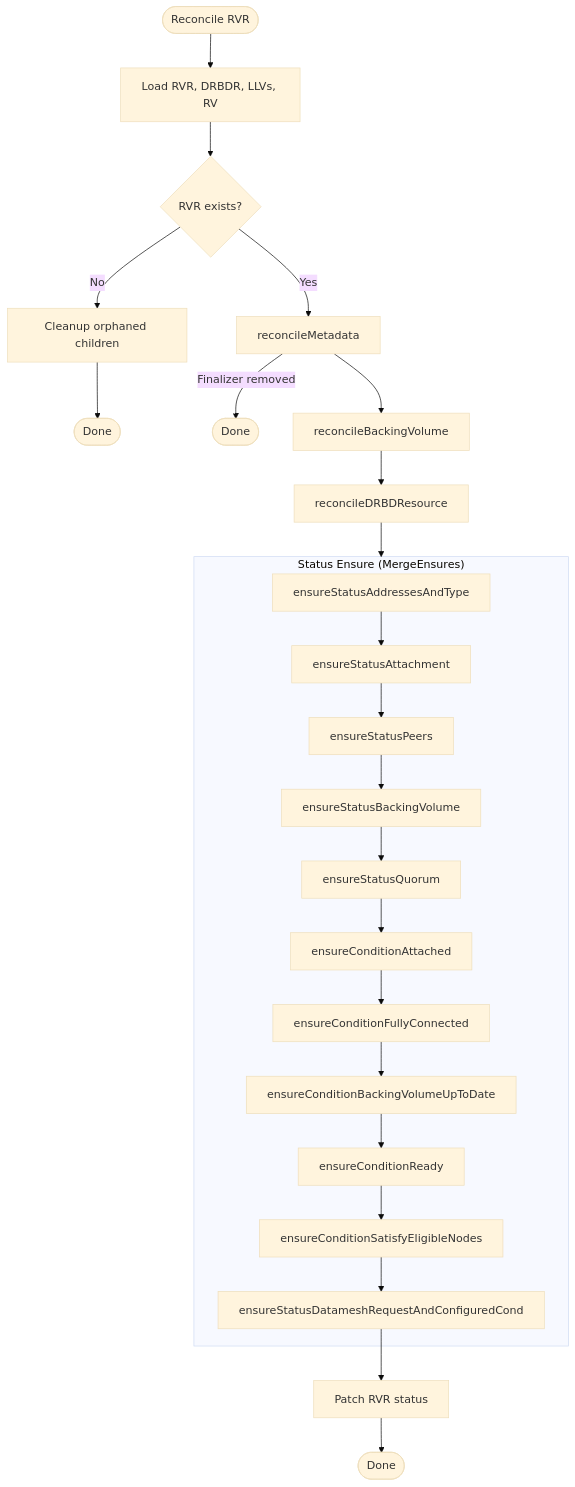
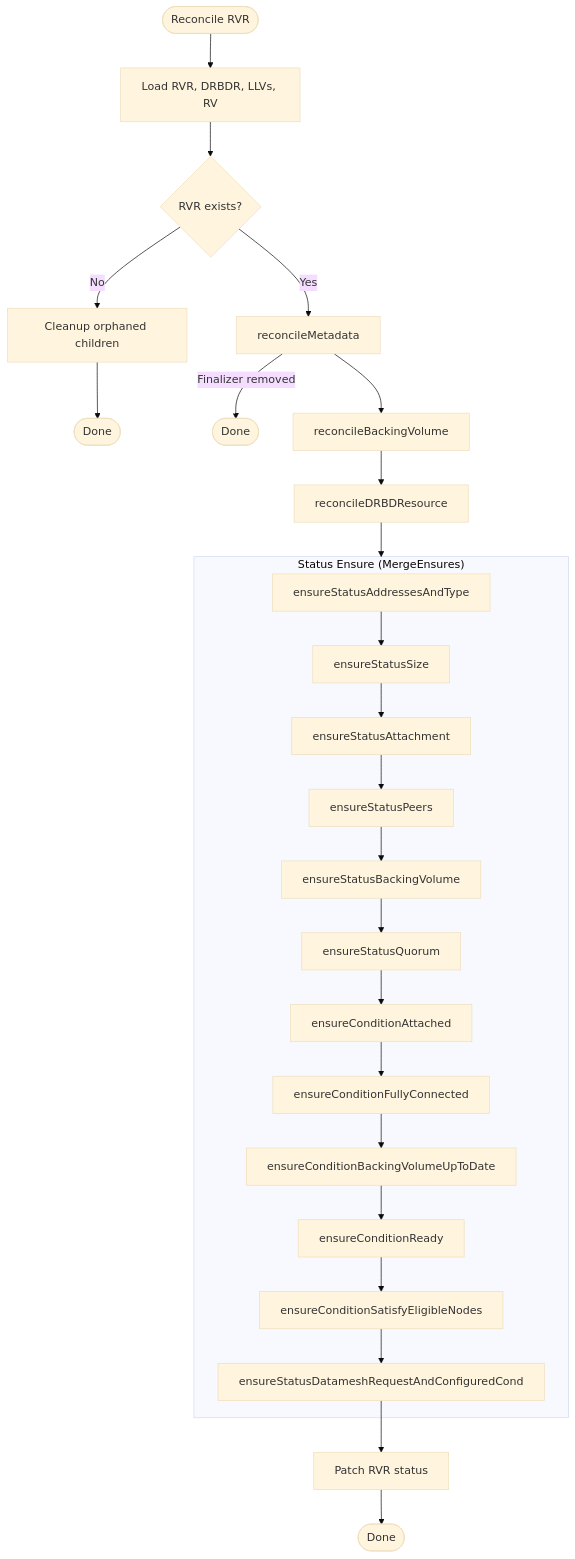
One commit to deckhouse/sds-replicated-volume changed the first of 17 diagrams in images/controller/internal/controllers/rvr_controller/README.md. Above: the diagram before and after it, drawn with Mermaid (base theme). The commit also changed other lines of this file and 32 other files, not shown here.

````diff
--- a/images/controller/internal/controllers/rvr_controller/README.md
+++ b/images/controller/internal/controllers/rvr_controller/README.md
@@ -133,32 +136,33 @@
 ```mermaid
 flowchart TD
     Start([Reconcile RVR]) --> Load[Load RVR, DRBDR, LLVs, RV]
     Load --> CheckExists{RVR exists?}
 
     CheckExists -->|No| Cleanup[Cleanup orphaned children]
     Cleanup --> Done1([Done])
 
     CheckExists -->|Yes| Meta[reconcileMetadata]
     Meta -->|Finalizer removed| Done2([Done])
     Meta --> BV[reconcileBackingVolume]
     BV --> DRBDR[reconcileDRBDResource]
 
     DRBDR --> StatusBlock
 
     subgraph StatusBlock ["Status Ensure (MergeEnsures)"]
         AddrType[ensureStatusAddressesAndType]
-        AddrType --> StatusAttach[ensureStatusAttachment]
+        AddrType --> StatusSize[ensureStatusSize]
+        StatusSize --> StatusAttach[ensureStatusAttachment]
         StatusAttach --> Peers[ensureStatusPeers]
         Peers --> BVStatus[ensureStatusBackingVolume]
         BVStatus --> StatusQuorum[ensureStatusQuorum]
         StatusQuorum --> CondAttach[ensureConditionAttached]
         CondAttach --> PeersCond[ensureConditionFullyConnected]
         PeersCond --> BVInSync[ensureConditionBackingVolumeUpToDate]
         BVInSync --> CondReady[ensureConditionReady]
         CondReady --> SEN[ensureConditionSatisfyEligibleNodes]
         SEN --> DmPendingAndCond[ensureStatusDatameshRequestAndConfiguredCond]
     end
 
     DmPendingAndCond --> Patch[Patch RVR status]
     Patch --> EndNode([Done])
 ```
````
